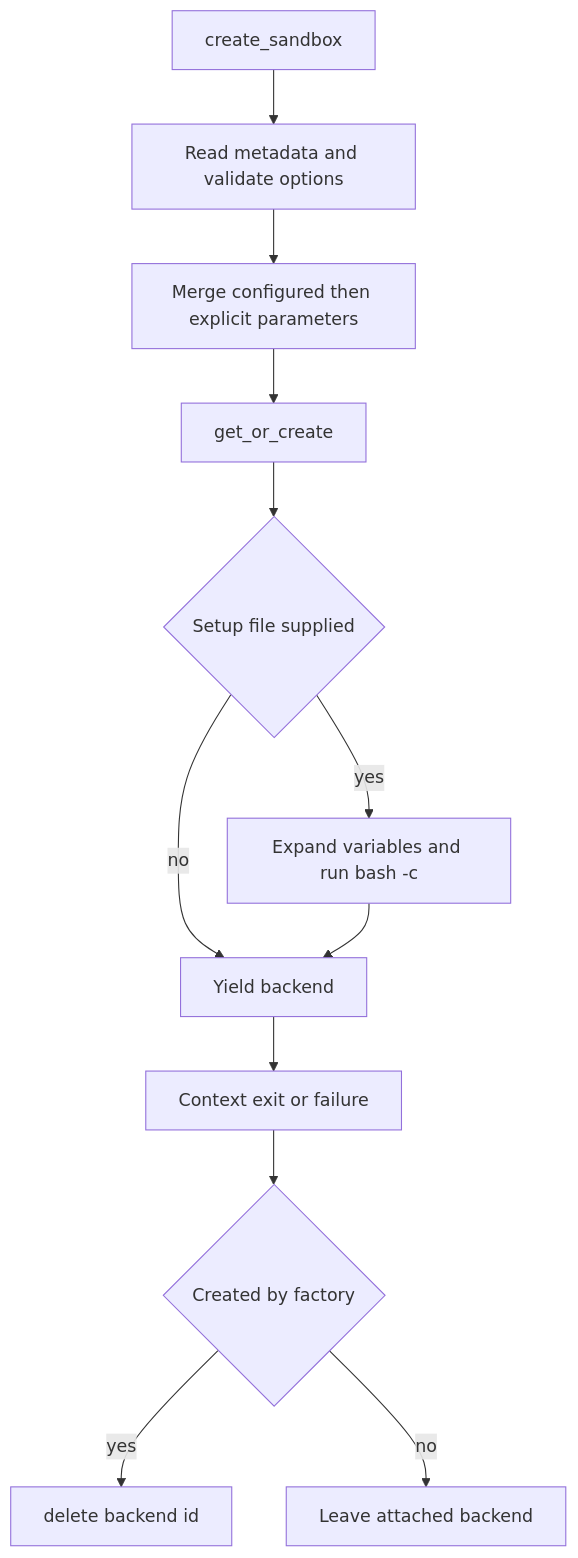
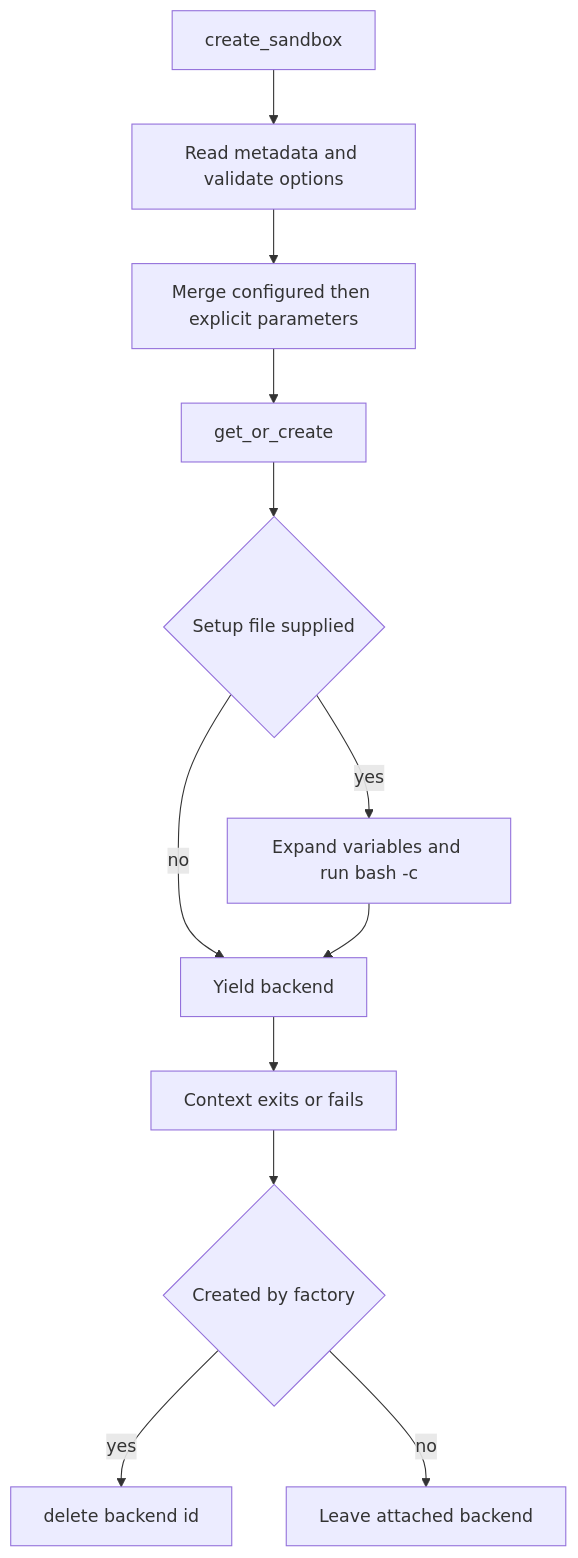
The second of 3 diagrams in openwiki/integrations/sandbox-partners.md (langchain-ai/deepagents), drawn with Mermaid before and after one commit. The commit also changed other lines of this file and 37 other files, not shown here.

````diff
--- a/openwiki/integrations/sandbox-partners.md
+++ b/openwiki/integrations/sandbox-partners.md
@@ -99,14 +105,14 @@
 ```mermaid
 flowchart TD
     Start["create_sandbox"] --> Validate["Read metadata and validate options"]
     Validate --> Merge["Merge configured then explicit parameters"]
     Merge --> Acquire["get_or_create"]
     Acquire --> Setup{"Setup file supplied"}
     Setup -->|yes| Run["Expand variables and run bash -c"]
     Setup -->|no| Yield["Yield backend"]
     Run --> Yield
-    Yield --> Exit["Context exit or failure"]
+    Yield --> Exit["Context exits or fails"]
     Exit --> Owned{"Created by factory"}
     Owned -->|yes| Delete["delete backend id"]
     Owned -->|no| Retain["Leave attached backend"]
 ```
````
